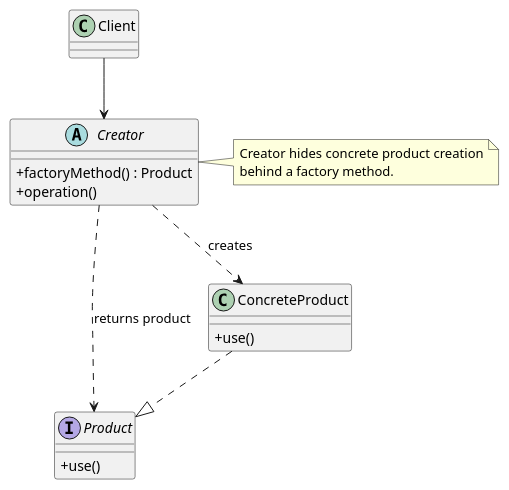
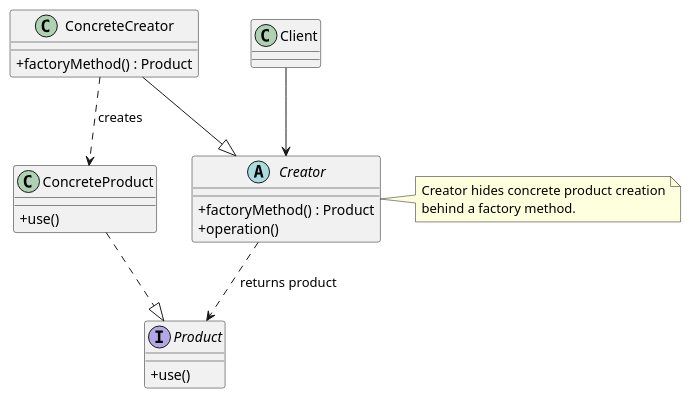
Before and after one commit to ASHRAF-2004/Machine-Learning-Based-System-for-Cardiopulmonary-Sound-Separation: the diagram in docs/software_design_report/diagrams/puml/factory_method_template.puml, drawn with PlantUML. The commit also changed 18 other files, not shown here.

Commit message:
Align Factory Method pattern roles

```diff
--- a/docs/software_design_report/diagrams/puml/factory_method_template.puml
+++ b/docs/software_design_report/diagrams/puml/factory_method_template.puml
@@ -1,33 +1,38 @@
 @startuml
 ' Factory Method Pattern template diagram.
 ' Suggested LaTeX placement: normal page.
 
 skinparam classAttributeIconSize 0
 skinparam shadowing false
 
 class Client
 
 abstract class Creator {
   +factoryMethod() : Product
   +operation()
 }
 
+class ConcreteCreator {
+  +factoryMethod() : Product
+}
+
 interface Product {
   +use()
 }
 
 class ConcreteProduct {
   +use()
 }
 
 Client --> Creator
 Creator ..> Product : returns product
+ConcreteCreator --|> Creator
+ConcreteCreator ..> ConcreteProduct : creates
 ConcreteProduct ..|> Product
-Creator ..> ConcreteProduct : creates
 
 note right of Creator
   Creator hides concrete product creation
   behind a factory method.
 end note
 
 @enduml
```
